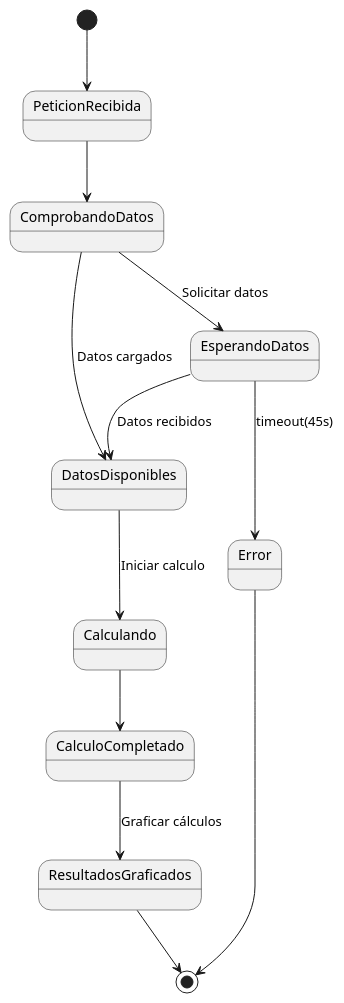
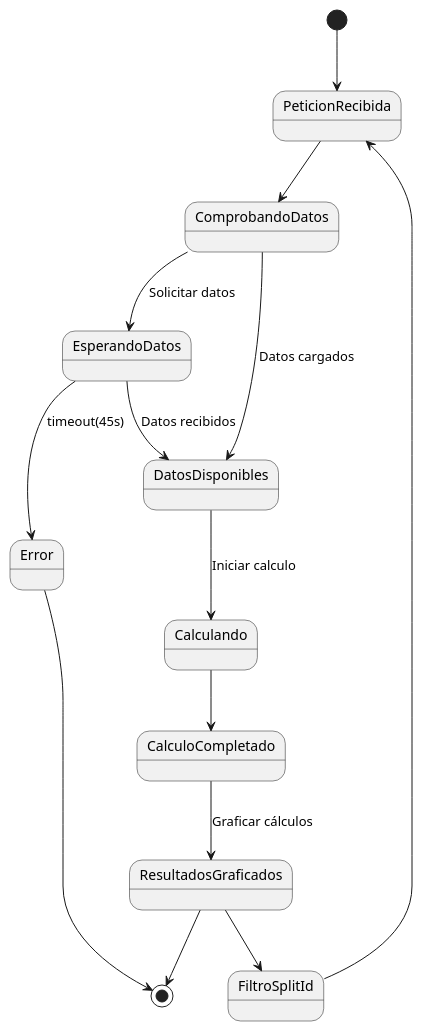
The diagram in Estudiantes/pablo-perez.martinez/Capitulo2/modeloDelDominioImagenes/diagramaDeEstados.puml (danielpuentesaranana/GII-TFG-2026), drawn with PlantUML before and after one commit. The commit also changed 9 other files, not shown here.

```diff
--- a/Estudiantes/pablo-perez.martinez/Capitulo2/modeloDelDominioImagenes/diagramaDeEstados.puml
+++ b/Estudiantes/pablo-perez.martinez/Capitulo2/modeloDelDominioImagenes/diagramaDeEstados.puml
@@ -1,23 +1,25 @@
 @startuml
 
 [*] --> PeticionRecibida
 
 PeticionRecibida --> ComprobandoDatos
 
 ComprobandoDatos --> DatosDisponibles : Datos cargados
 ComprobandoDatos --> EsperandoDatos : Solicitar datos
 
 EsperandoDatos --> DatosDisponibles : Datos recibidos
 EsperandoDatos --> Error : timeout(45s)
 
 DatosDisponibles --> Calculando : Iniciar calculo
 
 Calculando --> CalculoCompletado
 
 CalculoCompletado --> ResultadosGraficados: Graficar cálculos
 
+ResultadosGraficados--> FiltroSplitId
+FiltroSplitId--> PeticionRecibida 
 
 ResultadosGraficados--> [*]
 Error --> [*]
 
 @enduml
```
